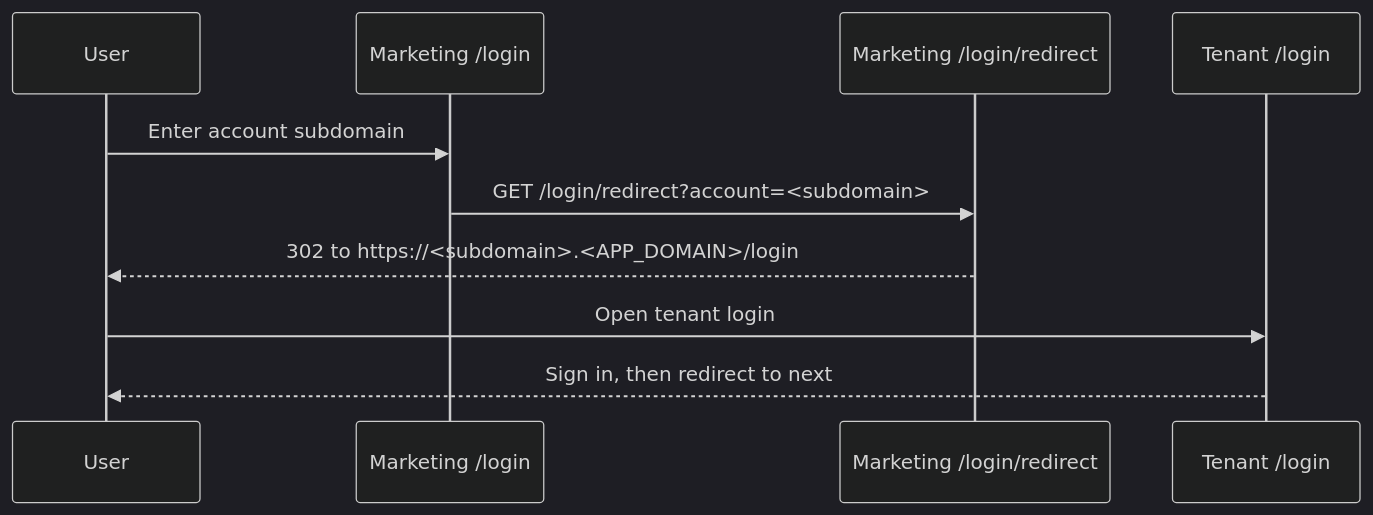
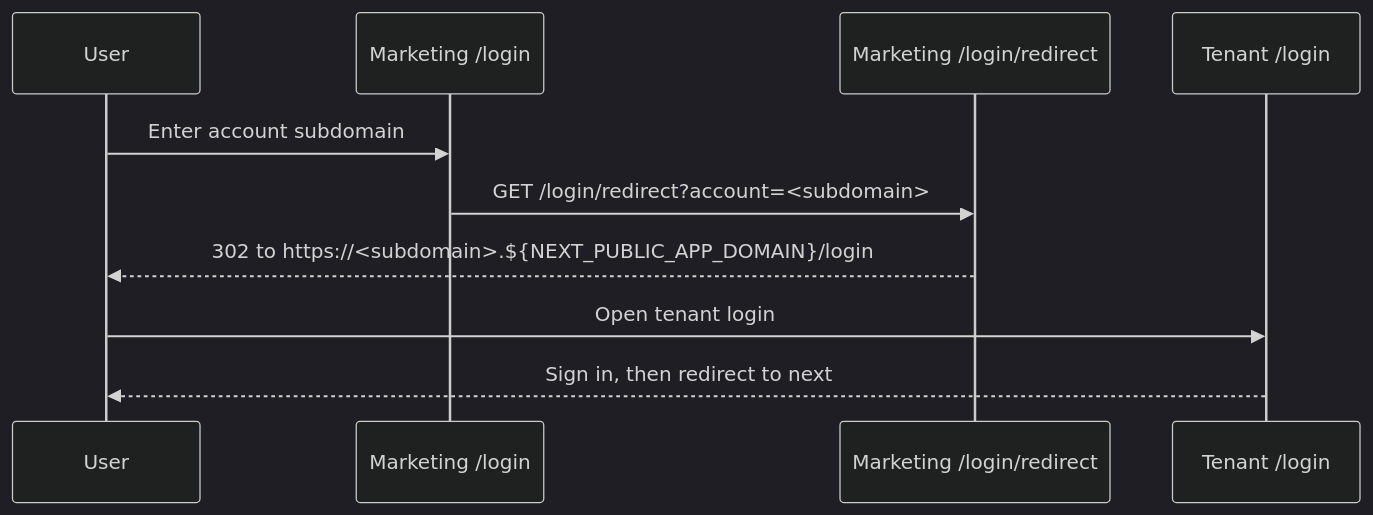
One commit to steve-piece/subdomain-isolated-turborepo changed the sixth of 10 diagrams in README.md. Above: the diagram before and after it, drawn with Mermaid (dark theme). The commit also changed other lines of this file, not shown here.

````diff
--- a/README.md
+++ b/README.md
@@ -160,12 +263,12 @@
 ```mermaid
 sequenceDiagram
   participant User
   participant Marketing as Marketing /login
   participant Redirect as Marketing /login/redirect
   participant Tenant as Tenant /login
   User->>Marketing: Enter account subdomain
   Marketing->>Redirect: GET /login/redirect?account=<subdomain>
-  Redirect-->>User: 302 to https://<subdomain>.<APP_DOMAIN>/login
+  Redirect-->>User: 302 to https://<subdomain>.${NEXT_PUBLIC_APP_DOMAIN}/login
   User->>Tenant: Open tenant login
   Tenant-->>User: Sign in, then redirect to next
 ```
````
